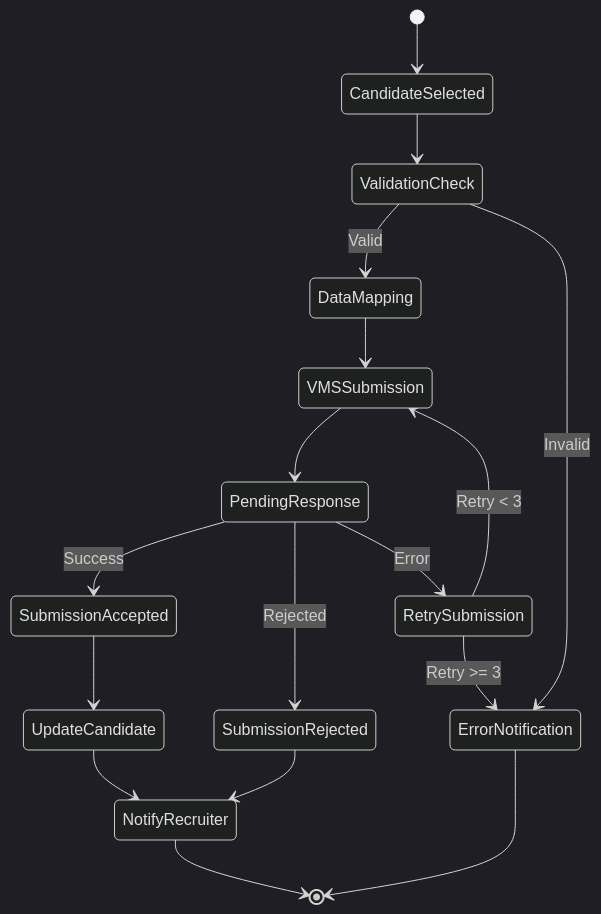
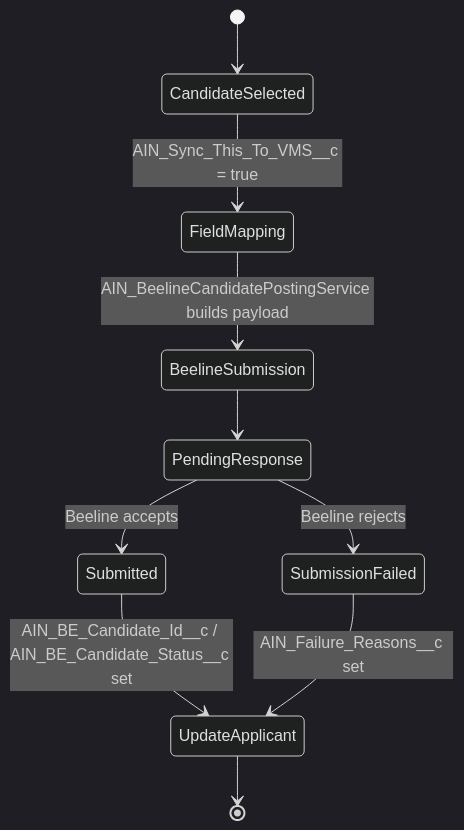
One commit to asymblinc/ProductDocumentations changed the fifth of 7 diagrams in AIN/AIN_Integration_Workflows_Documentation.md. Above: the diagram before and after it, drawn with Mermaid (dark theme). The commit also changed other lines of this file and 11 other files, not shown here.

````diff
--- a/AIN/AIN_Integration_Workflows_Documentation.md
+++ b/AIN/AIN_Integration_Workflows_Documentation.md
@@ -245,24 +111,12 @@
 ```mermaid
 stateDiagram-v2
     [*] --> CandidateSelected
-    CandidateSelected --> ValidationCheck
-    
-    ValidationCheck --> DataMapping: Valid
-    ValidationCheck --> ErrorNotification: Invalid
-    
-    DataMapping --> VMSSubmission
-    VMSSubmission --> PendingResponse
-    
-    PendingResponse --> SubmissionAccepted: Success
-    PendingResponse --> SubmissionRejected: Rejected
-    PendingResponse --> RetrySubmission: Error
-    
-    SubmissionAccepted --> UpdateCandidate
-    UpdateCandidate --> NotifyRecruiter
-    NotifyRecruiter --> [*]
-    
-    SubmissionRejected --> NotifyRecruiter
-    RetrySubmission --> VMSSubmission: Retry < 3
-    RetrySubmission --> ErrorNotification: Retry >= 3
-    ErrorNotification --> [*]
+    CandidateSelected --> FieldMapping: AIN_Sync_This_To_VMS__c = true
+    FieldMapping --> BeelineSubmission: AIN_BeelineCandidatePostingService builds payload
+    BeelineSubmission --> PendingResponse
+    PendingResponse --> Submitted: Beeline accepts
+    PendingResponse --> SubmissionFailed: Beeline rejects
+    Submitted --> UpdateApplicant: AIN_BE_Candidate_Id__c / AIN_BE_Candidate_Status__c set
+    SubmissionFailed --> UpdateApplicant: AIN_Failure_Reasons__c set
+    UpdateApplicant --> [*]
 ```
````
